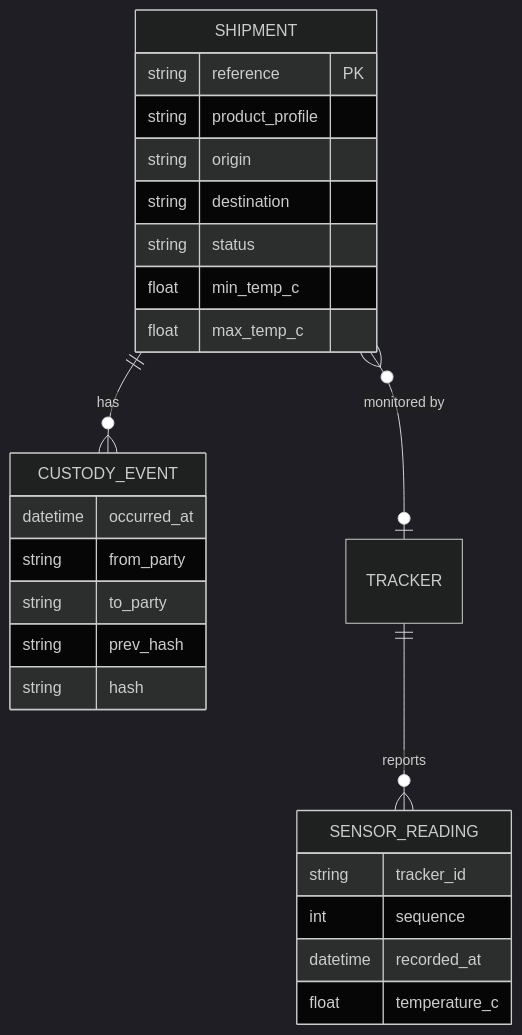
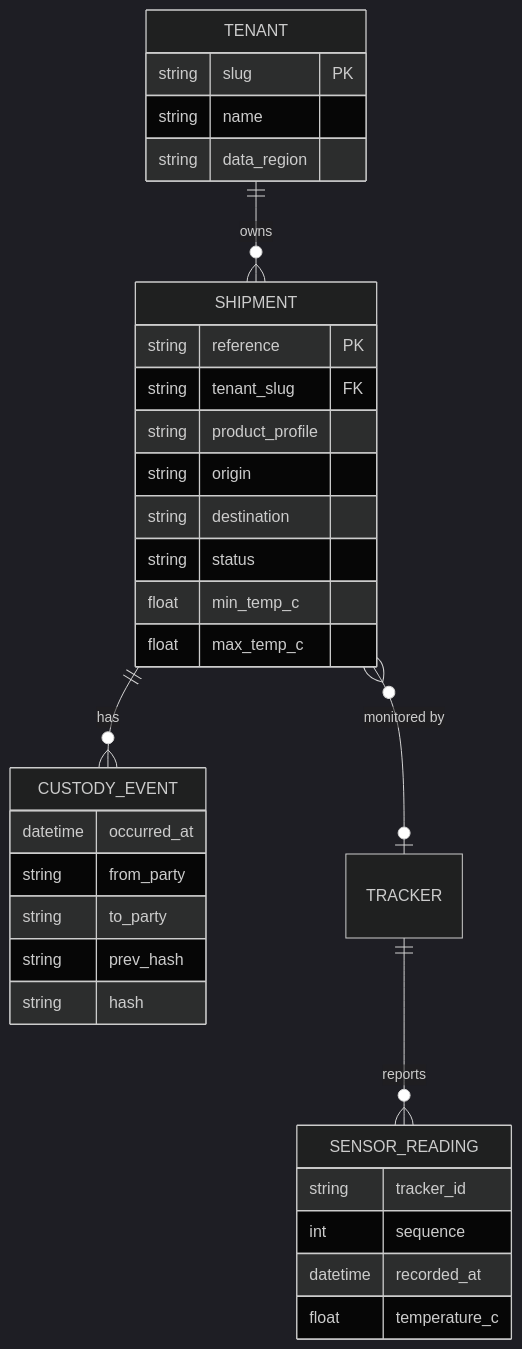
One commit to brumalink/shipment-api changed the diagram in docs/diagrams/data-model.md. Above: the diagram before and after it, drawn with Mermaid (dark theme). The commit also changed other lines of this file, not shown here.

Commit message:
Add tenants to data model diagram

````diff
--- a/docs/diagrams/data-model.md
+++ b/docs/diagrams/data-model.md
@@ -3,29 +3,36 @@
 ```mermaid
 erDiagram
+    TENANT ||--o{ SHIPMENT : "owns"
     SHIPMENT ||--o{ CUSTODY_EVENT : "has"
     SHIPMENT }o--o| TRACKER : "monitored by"
     TRACKER ||--o{ SENSOR_READING : "reports"
 
+    TENANT {
+        string slug PK
+        string name
+        string data_region
+    }
     SHIPMENT {
         string reference PK
+        string tenant_slug FK
         string product_profile
         string origin
         string destination
         string status
         float min_temp_c
         float max_temp_c
     }
     SENSOR_READING {
         string tracker_id
         int sequence
         datetime recorded_at
         float temperature_c
     }
     CUSTODY_EVENT {
         datetime occurred_at
         string from_party
         string to_party
         string prev_hash
         string hash
     }
 ```
````
